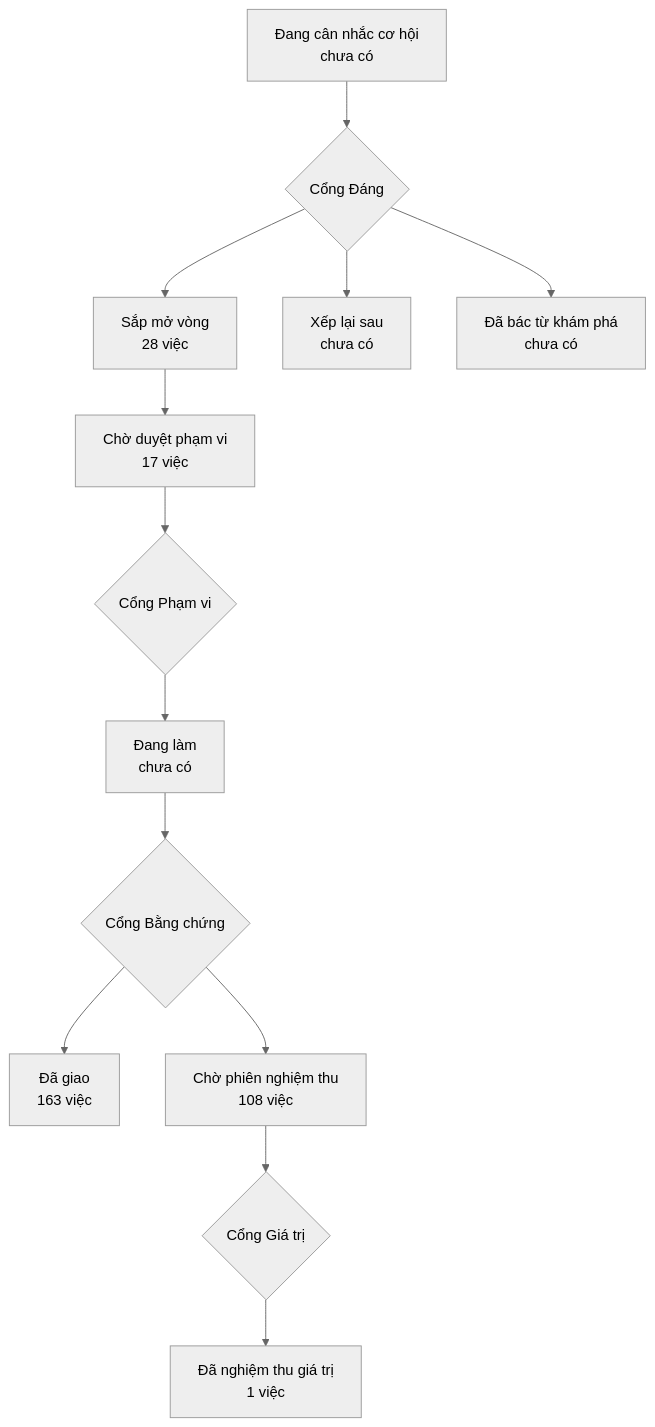
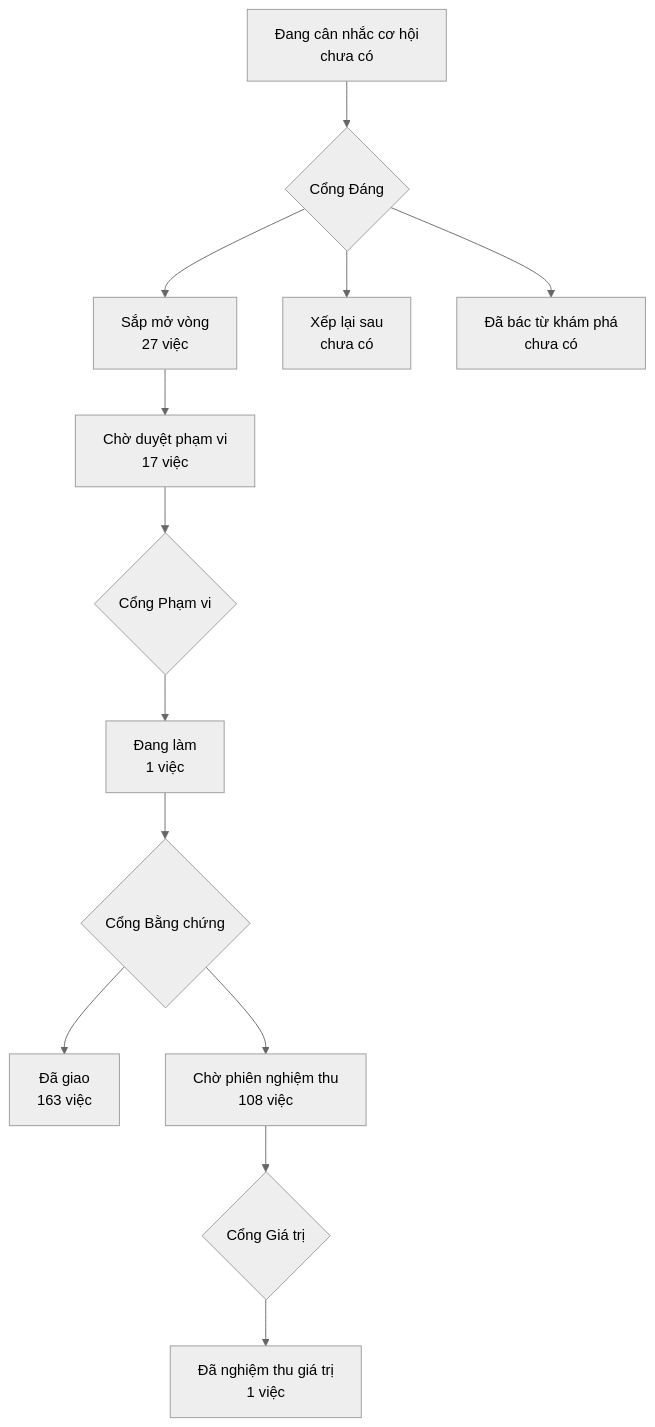
The diagram in PRODUCT-MAP.md (phanlemanh/onehub-invest), drawn with Mermaid (neutral theme) before and after one commit. The commit also changed other lines of this file and 3 other files, not shown here.

````diff
--- a/PRODUCT-MAP.md
+++ b/PRODUCT-MAP.md
@@ -7,12 +7,12 @@
 ```mermaid
 flowchart TD
   A["Đang cân nhắc cơ hội<br/>chưa có"] --> GD{"Cổng Đáng"}
-  GD --> B["Sắp mở vòng<br/>28 việc"]
+  GD --> B["Sắp mở vòng<br/>27 việc"]
   GD --> XL["Xếp lại sau<br/>chưa có"]
   GD --> DB["Đã bác từ khám phá<br/>chưa có"]
   B --> CD["Chờ duyệt phạm vi<br/>17 việc"] --> GP{"Cổng Phạm vi"}
-  GP --> DL["Đang làm<br/>chưa có"] --> GB{"Cổng Bằng chứng"}
+  GP --> DL["Đang làm<br/>1 việc"] --> GB{"Cổng Bằng chứng"}
   GB --> DG["Đã giao<br/>163 việc"]
   GB --> CN["Chờ phiên nghiệm thu<br/>108 việc"] --> GG{"Cổng Giá trị"}
   GG --> NT["Đã nghiệm thu giá trị<br/>1 việc"]
 ```
````
